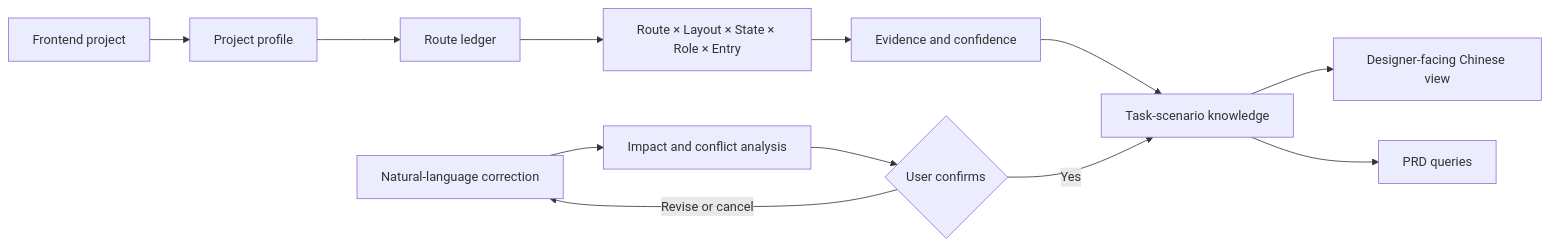
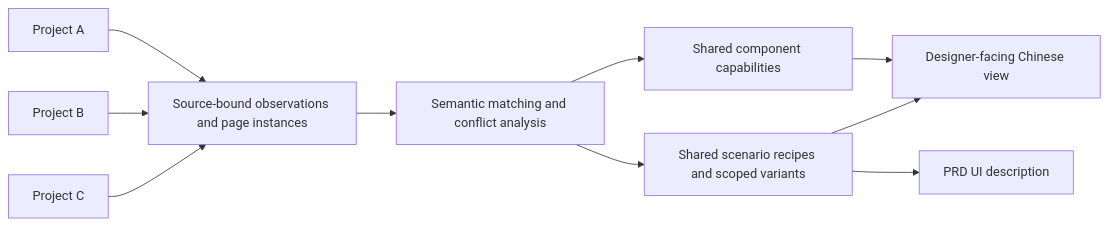
Before and after one commit to SodaZheng/oh-my-ui: the diagram in README_EN.md, drawn with Mermaid. The commit also changed other lines of this file and 52 other files, not shown here.

````diff
--- a/README_EN.md
+++ b/README_EN.md
@@ -49,14 +49,12 @@
 ```mermaid
 flowchart LR
-    A[Frontend project] --> B[Project profile]
-    B --> C[Route ledger]
-    C --> D[Route × Layout × State × Role × Entry]
-    D --> E[Evidence and confidence]
-    E --> F[Task-scenario knowledge]
-    F --> G[Designer-facing Chinese view]
-    F --> H[PRD queries]
-    I[Natural-language correction] --> J[Impact and conflict analysis]
-    J --> K{User confirms}
-    K -->|Yes| F
-    K -->|Revise or cancel| I
+    A[Project A] --> D[Source-bound observations and page instances]
+    B[Project B] --> D
+    C[Project C] --> D
+    D --> E[Semantic matching and conflict analysis]
+    E --> F[Shared component capabilities]
+    E --> G[Shared scenario recipes and scoped variants]
+    F --> H[Designer-facing Chinese view]
+    G --> H
+    G --> I[PRD UI description]
 ```
````
